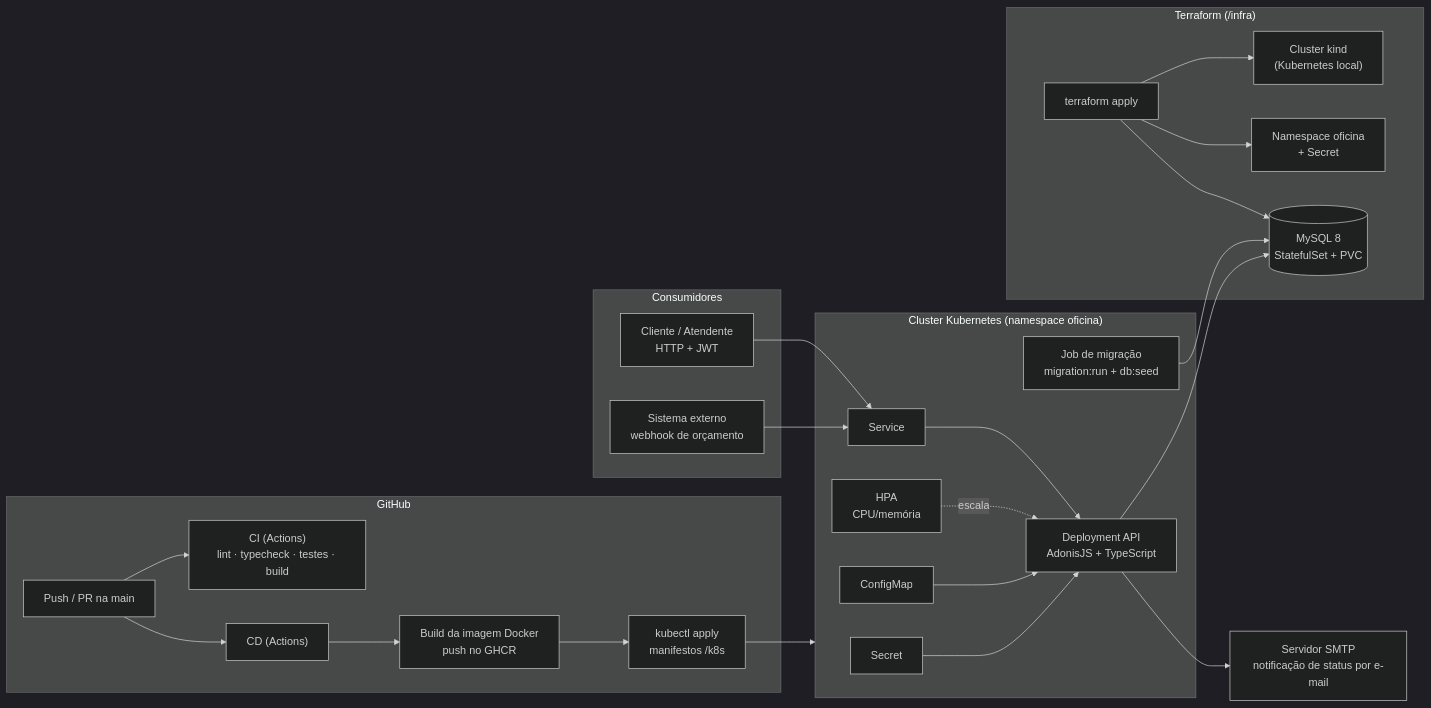
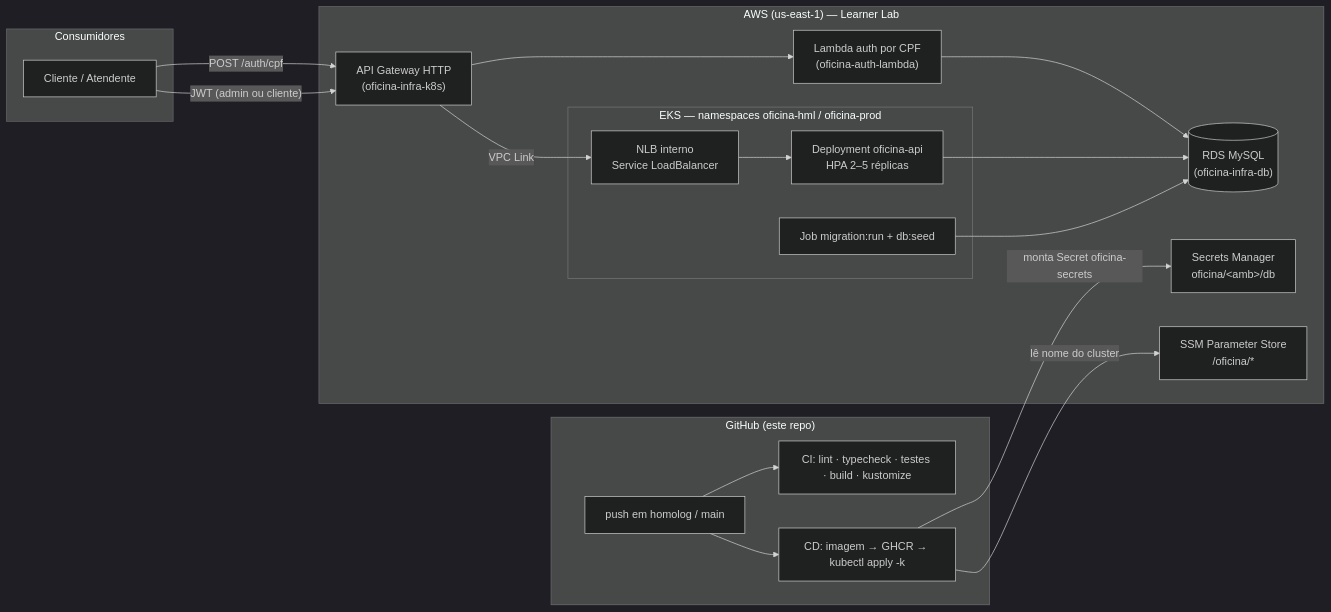
One commit to Fabio-GST/oficina-api changed the diagram in README.md. Above: the diagram before and after it, drawn with Mermaid (dark theme). The commit also changed other lines of this file, not shown here.

Commit message:
README: Fase 3 (quatro repositorios, arquitetura na AWS, CI/CD, autenticacao por papel e observabilidade)

````diff
--- a/README.md
+++ b/README.md
@@ -59,34 +55,30 @@
 ```mermaid
 flowchart LR
   subgraph Consumidores
-    U[Cliente / Atendente<br/>HTTP + JWT]
-    W[Sistema externo<br/>webhook de orçamento]
+    U[Cliente / Atendente]
   end
 
-  subgraph GH["GitHub"]
-    PR[Push / PR na main] --> CI["CI (Actions)<br/>lint · typecheck · testes · build"]
-    PR --> CD["CD (Actions)"]
-    CD --> IMG["Build da imagem Docker<br/>push no GHCR"]
-    IMG --> APPLY["kubectl apply<br/>manifestos /k8s"]
+  subgraph GH["GitHub (este repo)"]
+    PUSH["push em homolog / main"] --> CI["CI: lint · typecheck · testes · build · kustomize"]
+    PUSH --> CD["CD: imagem → GHCR → kubectl apply -k"]
   end
 
-  subgraph TF["Terraform (/infra)"]
-    T[terraform apply] --> KC["Cluster kind<br/>(Kubernetes local)"]
-    T --> NS["Namespace oficina<br/>+ Secret"]
-    T --> DB[("MySQL 8<br/>StatefulSet + PVC")]
+  subgraph AWS["AWS (us-east-1) — Learner Lab"]
+    GW["API Gateway HTTP<br/>(oficina-infra-k8s)"]
+    LAMBDA["Lambda auth por CPF<br/>(oficina-auth-lambda)"]
+    subgraph EKS["EKS — namespaces oficina-hml / oficina-prod"]
+      NLB["NLB interno<br/>Service LoadBalancer"] --> DEP["Deployment oficina-api<br/>HPA 2–5 réplicas"]
+      JOB["Job migration:run + db:seed"]
+    end
+    RDS[("RDS MySQL<br/>(oficina-infra-db)")]
+    SM["Secrets Manager<br/>oficina/&lt;amb&gt;/db"]
+    SSM["SSM Parameter Store<br/>/oficina/*"]
   end
 
-  subgraph K8S["Cluster Kubernetes (namespace oficina)"]
-    SVC[Service] --> DEP["Deployment API<br/>AdonisJS + TypeScript"]
-    HPA["HPA<br/>CPU/memória"] -. escala .-> DEP
-    CM[ConfigMap] --> DEP
-    SEC[Secret] --> DEP
-    JOB["Job de migração<br/>migration:run + db:seed"] --> DB
-    DEP --> DB
-  end
-
-  U --> SVC
-  W --> SVC
-  APPLY --> K8S
-  DEP --> SMTP["Servidor SMTP<br/>notificação de status por e-mail"]
+  U -->|"POST /auth/cpf"| GW --> LAMBDA --> RDS
+  U -->|"JWT (admin ou cliente)"| GW -->|VPC Link| NLB
+  DEP --> RDS
+  JOB --> RDS
+  CD -->|"lê nome do cluster"| SSM
+  CD -->|"monta Secret oficina-secrets"| SM
 ```
````
